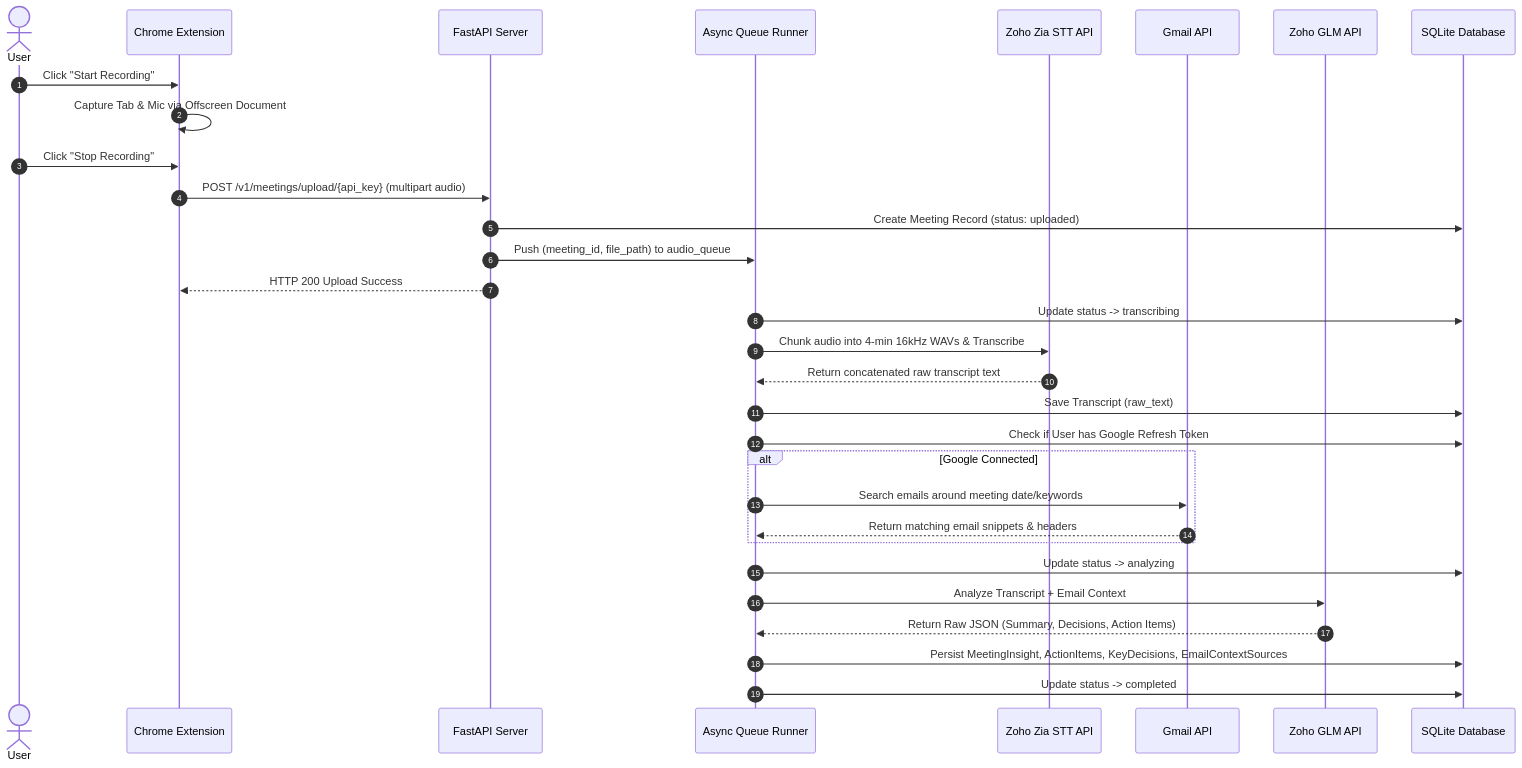
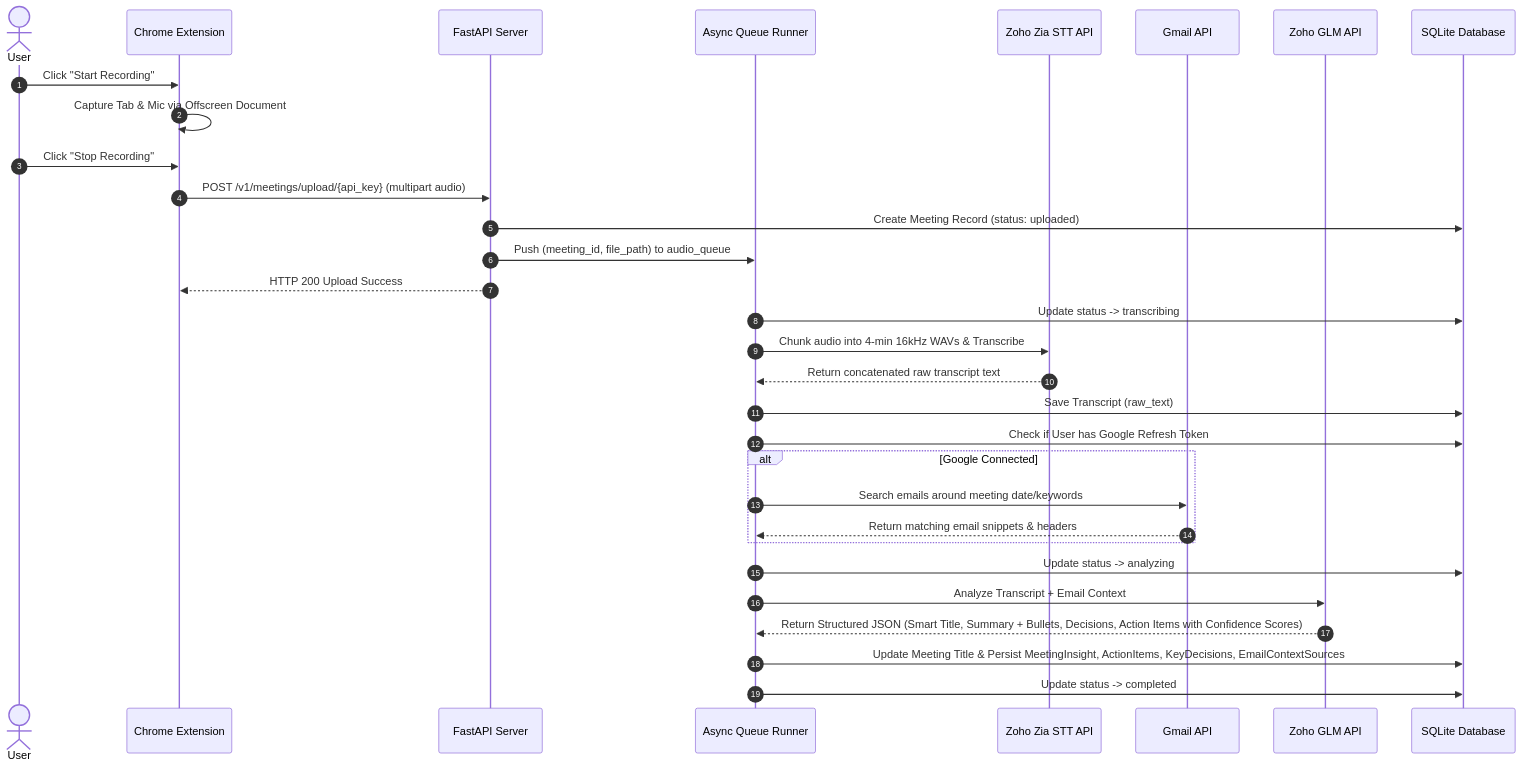
One commit to adarsh-v-h/MeetInMin changed the second of 3 diagrams in Docs/ARCHITECTURE.md. Above: the diagram before and after it, drawn with Mermaid. The commit also changed other lines of this file and 2 other files, not shown here.

````diff
--- a/Docs/ARCHITECTURE.md
+++ b/Docs/ARCHITECTURE.md
@@ -64,37 +64,37 @@
 ```mermaid
 sequenceDiagram
     autonumber
     actor User
     participant Ext as Chrome Extension
     participant API as FastAPI Server
     participant Queue as Async Queue Runner
     participant STT as Zoho Zia STT API
     participant Gmail as Gmail API
     participant GLM as Zoho GLM API
     participant DB as SQLite Database
 
     User->>Ext: Click "Start Recording"
     Ext->>Ext: Capture Tab & Mic via Offscreen Document
     User->>Ext: Click "Stop Recording"
     Ext->>API: POST /v1/meetings/upload/{api_key} (multipart audio)
     API->>DB: Create Meeting Record (status: uploaded)
     API->>Queue: Push (meeting_id, file_path) to audio_queue
     API-->>Ext: HTTP 200 Upload Success
 
     Queue->>DB: Update status -> transcribing
     Queue->>STT: Chunk audio into 4-min 16kHz WAVs & Transcribe
     STT-->>Queue: Return concatenated raw transcript text
     Queue->>DB: Save Transcript (raw_text)
 
     Queue->>DB: Check if User has Google Refresh Token
     alt Google Connected
         Queue->>Gmail: Search emails around meeting date/keywords
         Gmail-->>Queue: Return matching email snippets & headers
     end
 
     Queue->>DB: Update status -> analyzing
     Queue->>GLM: Analyze Transcript + Email Context
-    GLM-->>Queue: Return Raw JSON (Summary, Decisions, Action Items)
-    Queue->>DB: Persist MeetingInsight, ActionItems, KeyDecisions, EmailContextSources
+    GLM-->>Queue: Return Structured JSON (Smart Title, Summary + Bullets, Decisions, Action Items with Confidence Scores)
+    Queue->>DB: Update Meeting Title & Persist MeetingInsight, ActionItems, KeyDecisions, EmailContextSources
     Queue->>DB: Update status -> completed
 ```
````
